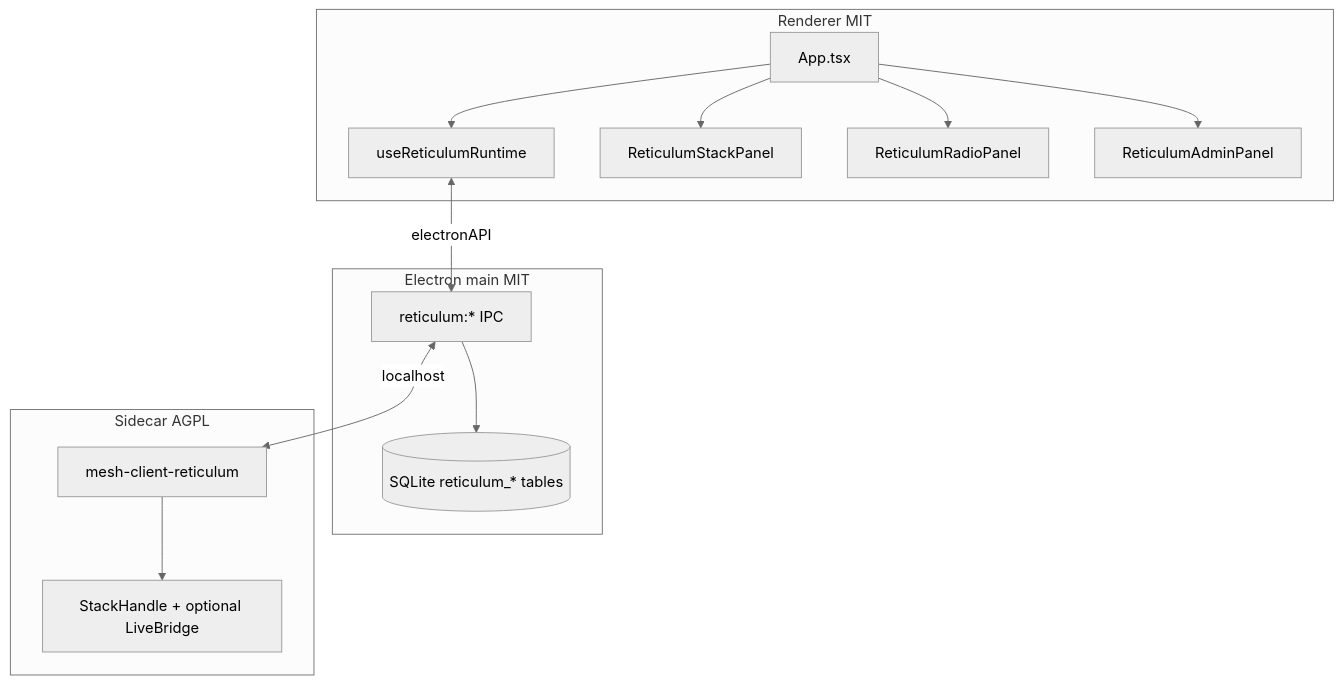
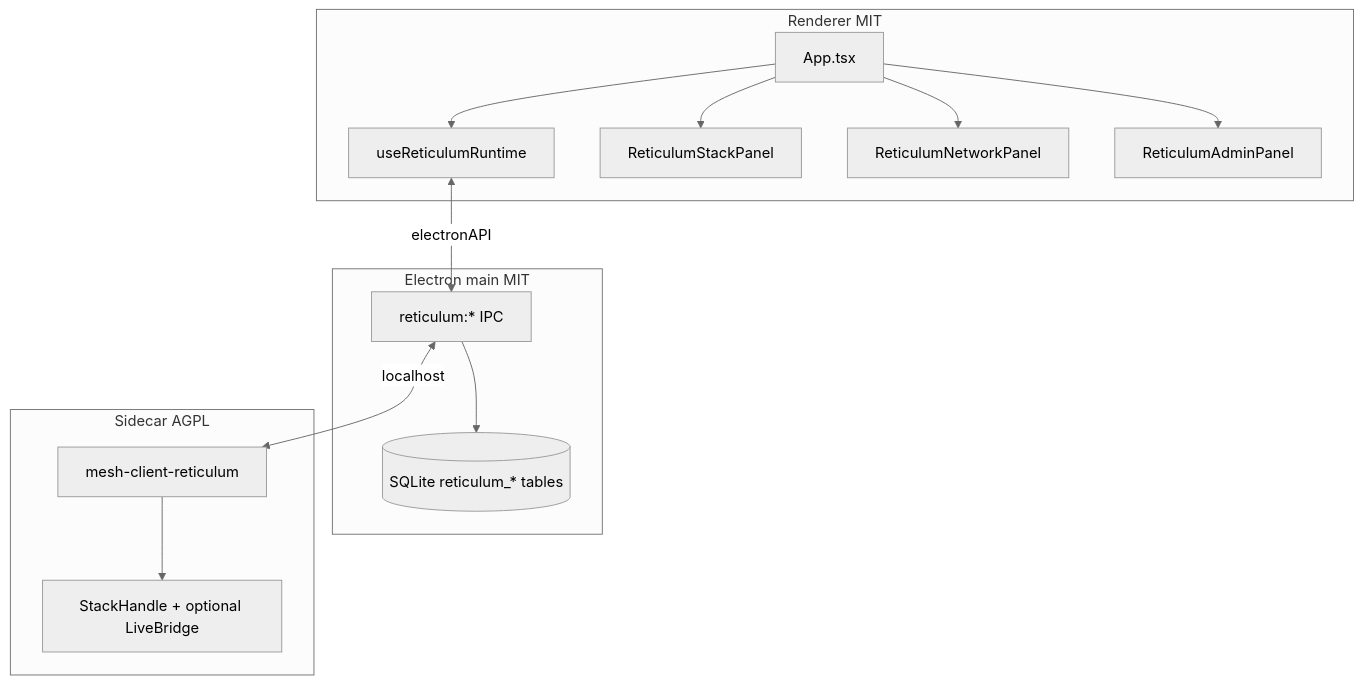
The diagram in docs/reticulum.md (Colorado-Mesh/mesh-client), drawn with Mermaid (neutral theme) before and after one commit. The commit also changed other lines of this file and 43 other files, not shown here.

First line of the commit message:
feat: move Reticulum interfaces to Connection and rename Radio tab

````diff
--- a/docs/reticulum.md
+++ b/docs/reticulum.md
@@ -11,26 +11,26 @@
 ```mermaid
 flowchart TB
   subgraph ui [Renderer MIT]
     App[App.tsx]
     RT[useReticulumRuntime]
     Stack[ReticulumStackPanel]
-    Radio[ReticulumRadioPanel]
+    Network[ReticulumNetworkPanel]
     Admin[ReticulumAdminPanel]
     App --> RT
     App --> Stack
-    App --> Radio
+    App --> Network
     App --> Admin
   end
   subgraph main [Electron main MIT]
     IPC[reticulum:* IPC]
     DB[(SQLite reticulum_* tables)]
     IPC --> DB
   end
   subgraph rust [Sidecar AGPL]
     Daemon[mesh-client-reticulum]
     StackH[StackHandle + optional LiveBridge]
     Daemon --> StackH
   end
   RT <-->|electronAPI| IPC
   IPC <-->|localhost| Daemon
 ```
````
